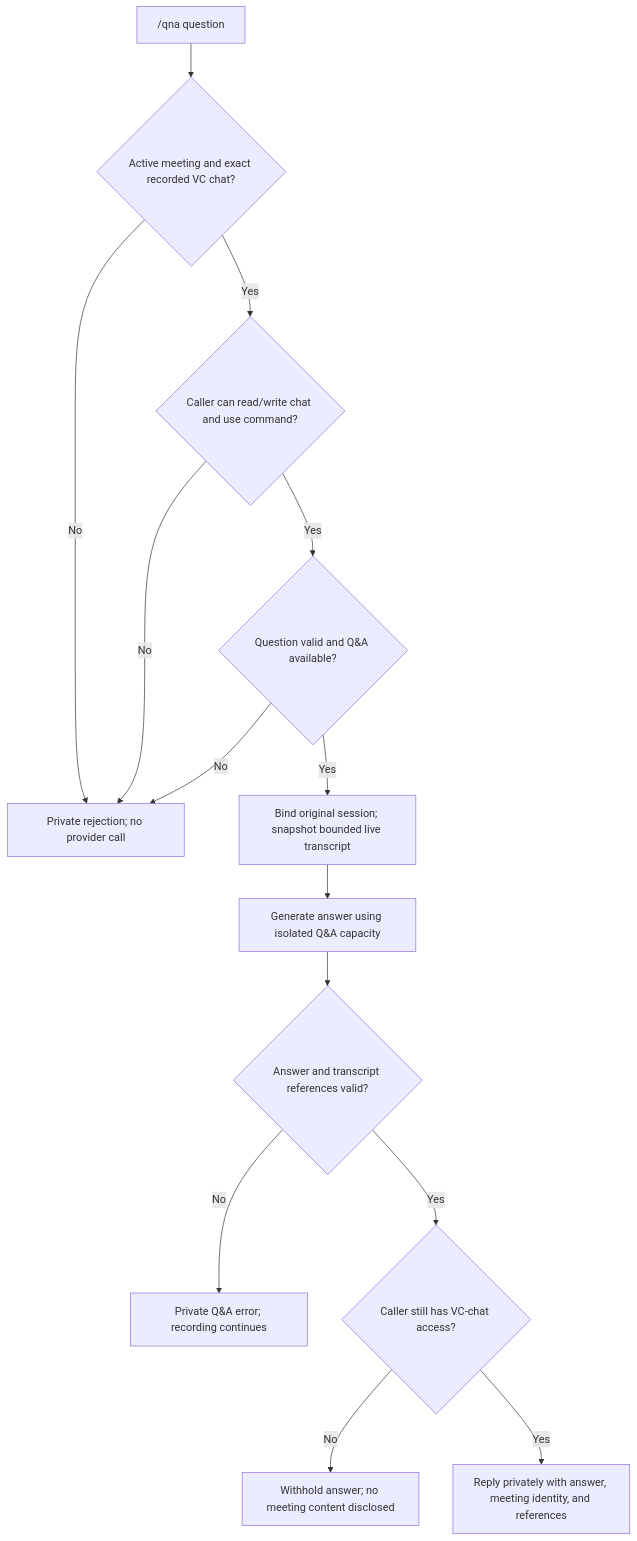
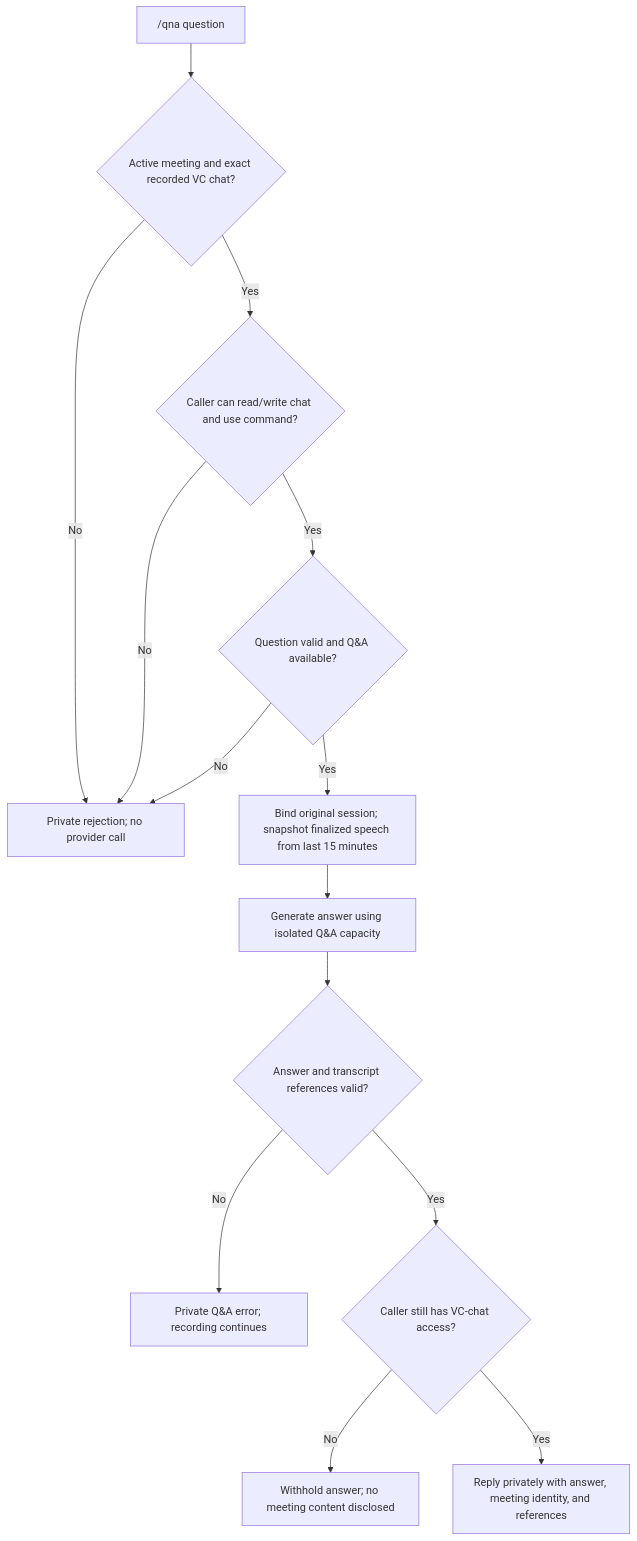
Before and after one commit to UTMIST/Misty: the second of 2 diagrams in docs/meeting-output-access-design.md, drawn with Mermaid. The commit also changed other lines of this file, not shown here.

````diff
--- a/docs/meeting-output-access-design.md
+++ b/docs/meeting-output-access-design.md
@@ -47,16 +47,16 @@
 ```mermaid
 flowchart TD
     A["/qna question"] --> B{"Active meeting and exact recorded VC chat?"}
     B -->|No| X["Private rejection; no provider call"]
     B -->|Yes| C{"Caller can read/write chat and use command?"}
     C -->|No| X
     C -->|Yes| D{"Question valid and Q&A available?"}
     D -->|No| X
-    D -->|Yes| E["Bind original session; snapshot bounded live transcript"]
+    D -->|Yes| E["Bind original session; snapshot finalized speech from last 15 minutes"]
     E --> F["Generate answer using isolated Q&A capacity"]
     F --> G{"Answer and transcript references valid?"}
     G -->|No| Y["Private Q&A error; recording continues"]
     G -->|Yes| H{"Caller still has VC-chat access?"}
     H -->|No| Z["Withhold answer; no meeting content disclosed"]
     H -->|Yes| I["Reply privately with answer, meeting identity, and references"]
 ```
````
